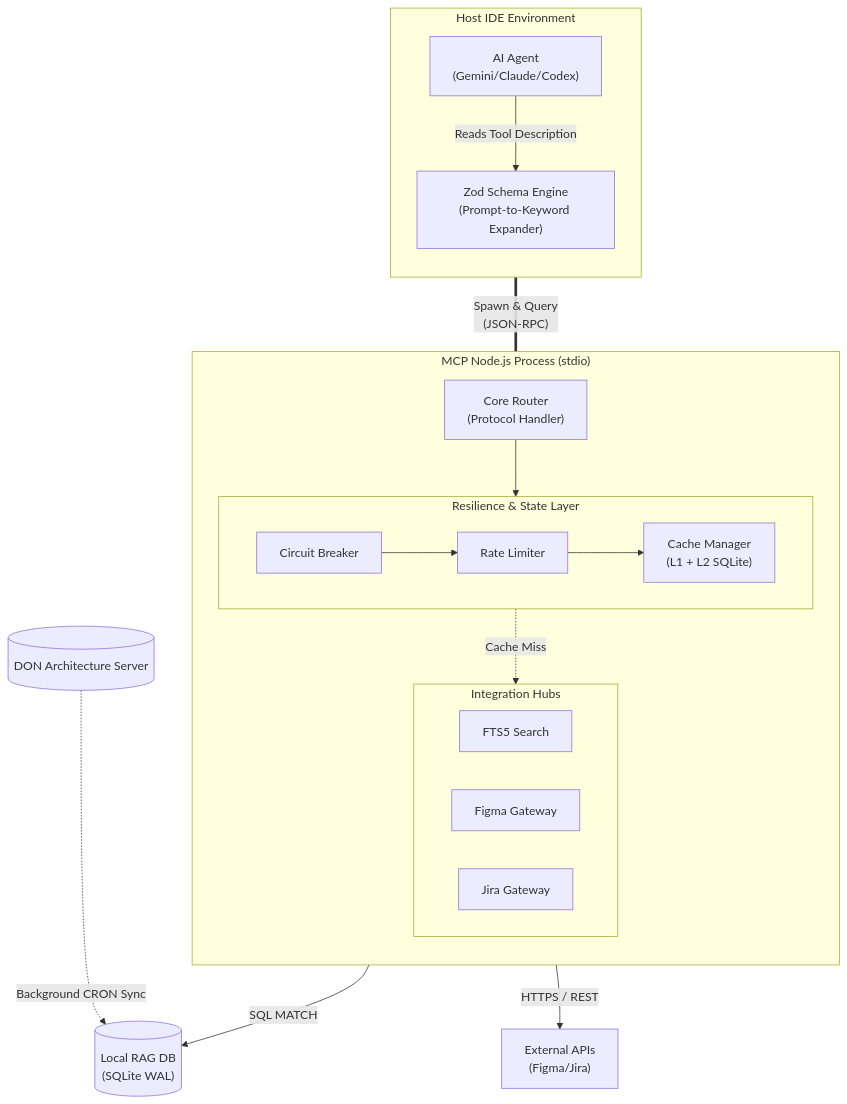
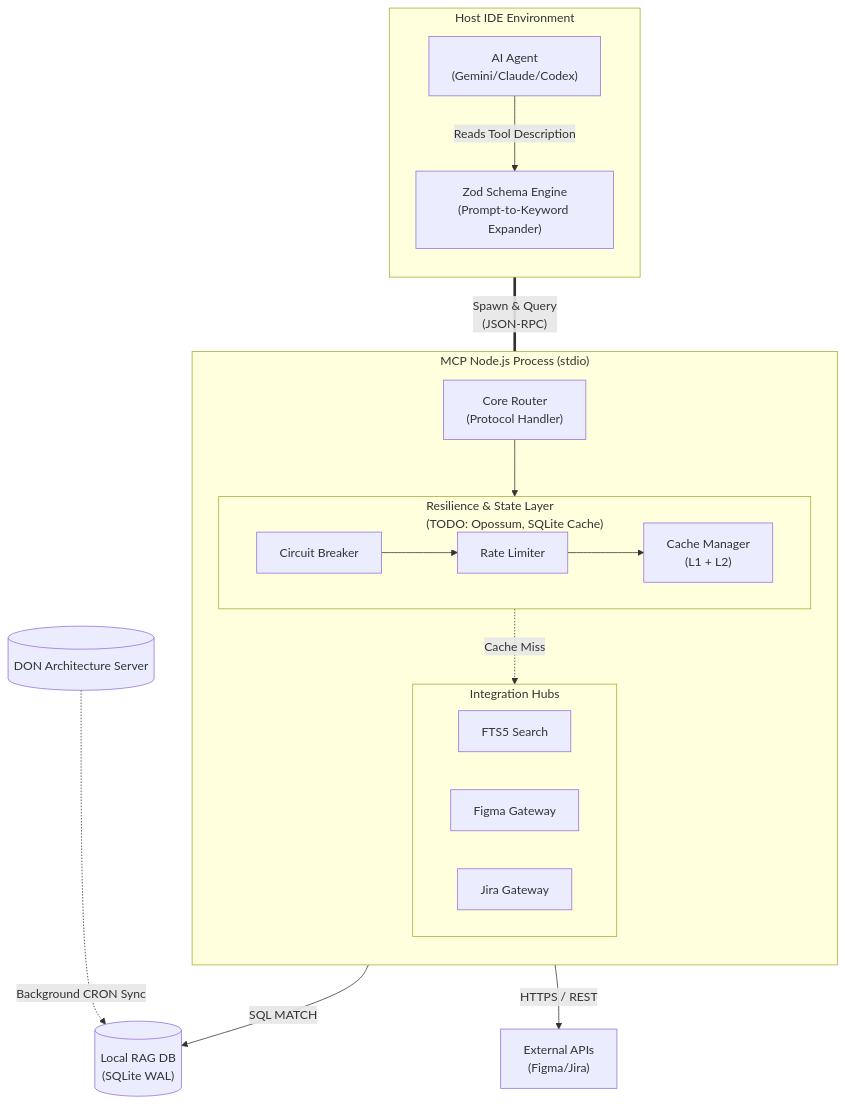
One commit to cachep-xidau/MCP-server changed the second of 3 diagrams in README.md. Above: the diagram before and after it, drawn with Mermaid. The commit also changed other lines of this file, not shown here.

Commit message:
docs: separate architecture diagrams into current MVP reality and target enterprise state

````diff
--- a/README.md
+++ b/README.md
@@ -20,42 +57,42 @@
 ```mermaid
 flowchart TD
     subgraph HostIDE["Host IDE Environment"]
         direction TB
         Agent["AI Agent\n(Gemini/Claude/Codex)"]
         Expander["Zod Schema Engine\n(Prompt-to-Keyword Expander)"]
         Agent -- "Reads Tool Description" --> Expander
     end
 
     subgraph MCP_Process["MCP Node.js Process (stdio)"]
         direction TB
         Router["Core Router\n(Protocol Handler)"]
 
-        subgraph ResilienceLayer["Resilience & State Layer"]
+        subgraph ResilienceLayer["Resilience & State Layer\n(TODO: Opossum, SQLite Cache)"]
             direction LR
             Breaker["Circuit Breaker"]
             Limiter["Rate Limiter"]
-            Cache["Cache Manager\n(L1 + L2 SQLite)"]
+            Cache["Cache Manager\n(L1 + L2)"]
         end
 
         subgraph ToolsLayer["Integration Hubs"]
             direction LR
             T_Search["FTS5 Search"]
             T_Figma["Figma Gateway"]
             T_Jira["Jira Gateway"]
         end
 
         Router --> ResilienceLayer
         Breaker --> Limiter
         Limiter --> Cache
         Cache -. "Cache Miss" .-> ToolsLayer
     end
 
     LocalDB[("Local RAG DB\n(SQLite WAL)")]
     MasterDB[("DON Architecture Server")]
     ExtAPIs["External APIs\n(Figma/Jira)"]
 
     Expander == "Spawn & Query\n(JSON-RPC)" === Router
     T_Search -- "SQL MATCH" --> LocalDB
     ToolsLayer -- "HTTPS / REST" --> ExtAPIs
     MasterDB -. "Background CRON Sync" .-> LocalDB
 ```
````
